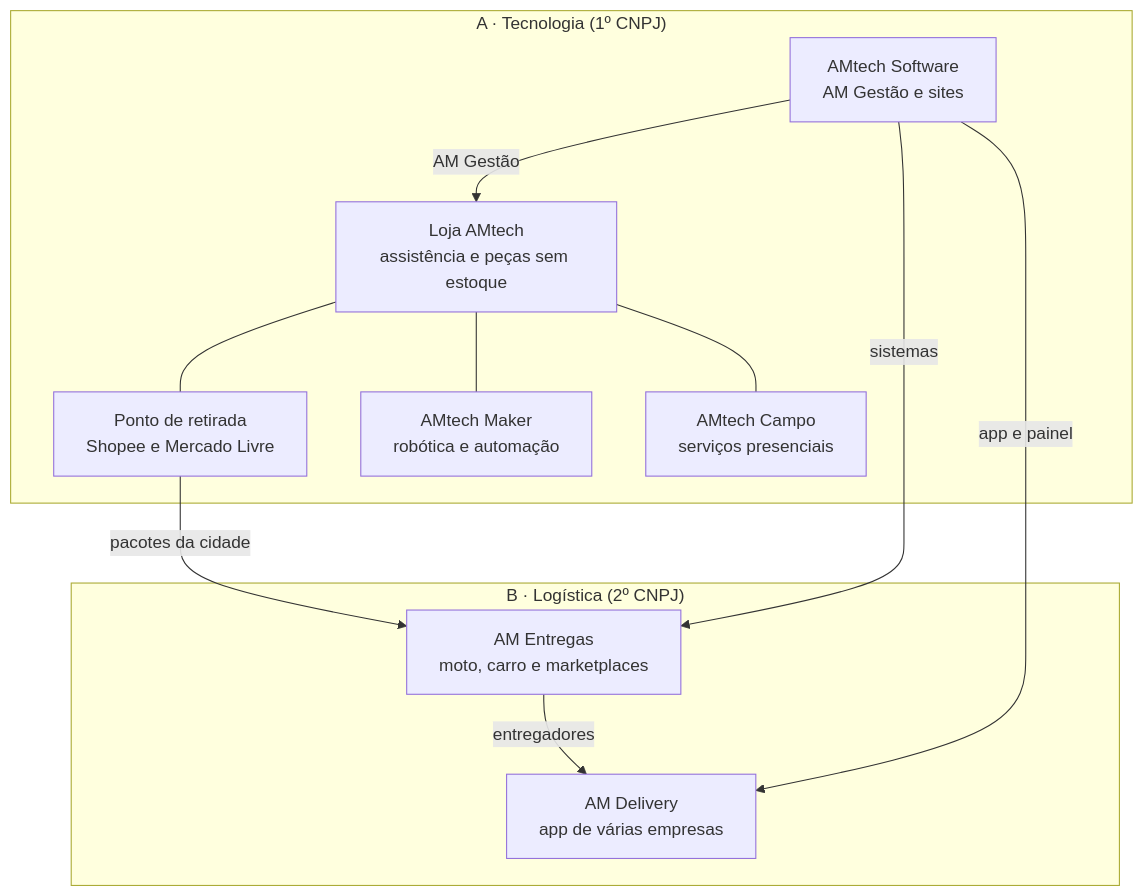
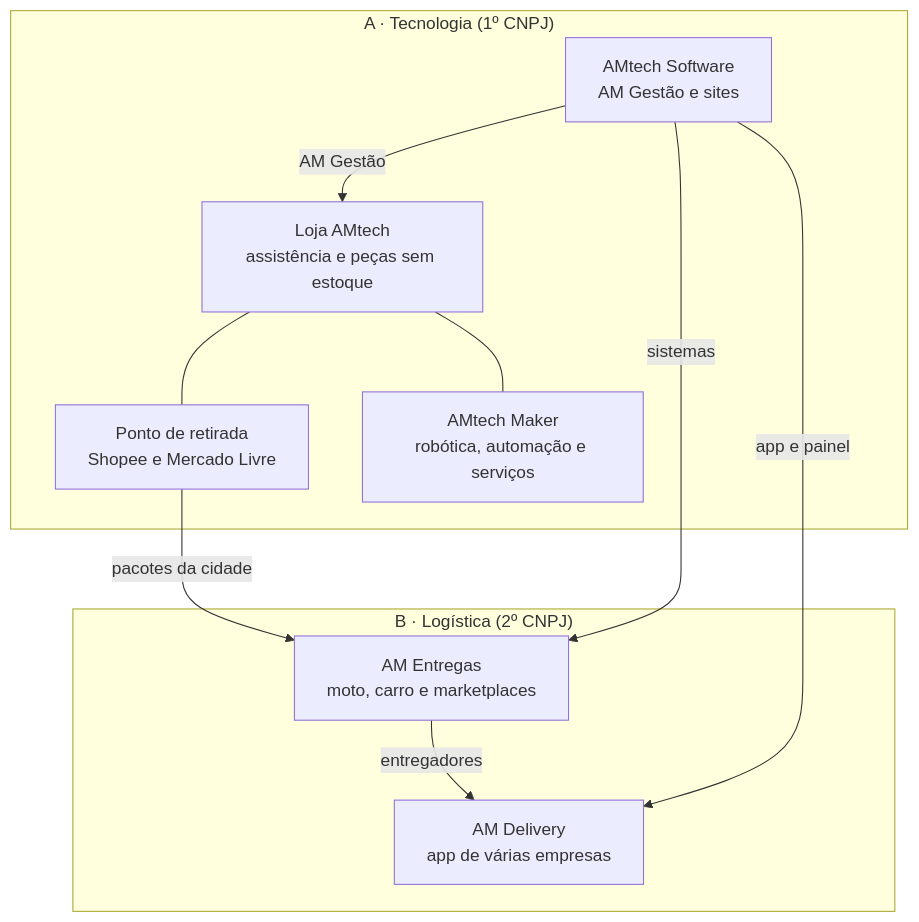
One commit to AlanMateus17/dev-setup changed the diagram in docs/negocios/README.md. Above: the diagram before and after it, drawn with Mermaid. The commit also changed other lines of this file and 78 other files, not shown here.

````diff
--- a/docs/negocios/README.md
+++ b/docs/negocios/README.md
@@ -11,22 +11,20 @@
 ```mermaid
 flowchart TB
   subgraph A["A · Tecnologia (1º CNPJ)"]
     SW["AMtech Software<br/>AM Gestão e sites"]
     LJ["Loja AMtech<br/>assistência e peças sem estoque"]
     PR["Ponto de retirada<br/>Shopee e Mercado Livre"]
-    MK["AMtech Maker<br/>robótica e automação"]
-    CP["AMtech Campo<br/>serviços presenciais"]
+    MK["AMtech Maker<br/>robótica, automação e serviços"]
   end
   subgraph B["B · Logística (2º CNPJ)"]
     EN["AM Entregas<br/>moto, carro e marketplaces"]
     DL["AM Delivery<br/>app de várias empresas"]
   end
   SW -->|"AM Gestão"| LJ
   SW -->|"sistemas"| EN
   SW -->|"app e painel"| DL
   LJ --- PR
   LJ --- MK
-  LJ --- CP
   PR -->|"pacotes da cidade"| EN
   EN -->|"entregadores"| DL
 ```
````
